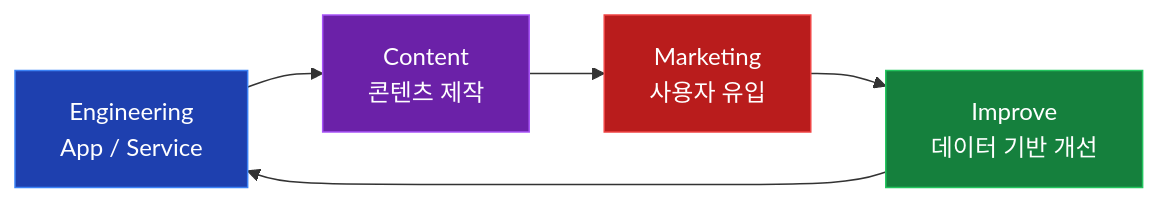
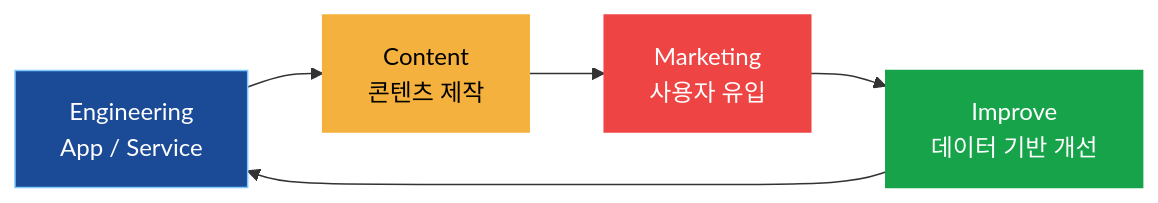
One commit to boaz-hwang/boaz-hwang changed the second of 2 diagrams in README.md. Above: the diagram before and after it, drawn with Mermaid. The commit also changed other lines of this file, not shown here.

````diff
--- a/README.md
+++ b/README.md
@@ -109,12 +111,12 @@
 ```mermaid
 graph LR
     ENG["Engineering<br/>App / Service"] --> CON["Content<br/>콘텐츠 제작"]
     CON --> MKT["Marketing<br/>사용자 유입"]
     MKT --> IMP["Improve<br/>데이터 기반 개선"]
     IMP --> ENG
 
-    style ENG fill:#1e40af,stroke:#3b82f6,color:#fff
-    style CON fill:#6b21a8,stroke:#a855f7,color:#fff
-    style MKT fill:#b91c1c,stroke:#ef4444,color:#fff
-    style IMP fill:#15803d,stroke:#22c55e,color:#fff
+    style ENG fill:#1B4A97,stroke:#7FC7FF,color:#fff
+    style CON fill:#F5B13D,stroke:#F5B13D,color:#000
+    style MKT fill:#EF4444,stroke:#EF4444,color:#fff
+    style IMP fill:#16A34A,stroke:#16A34A,color:#fff
 ```
````
